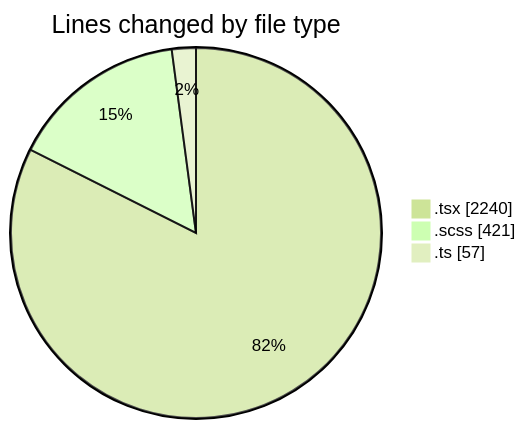
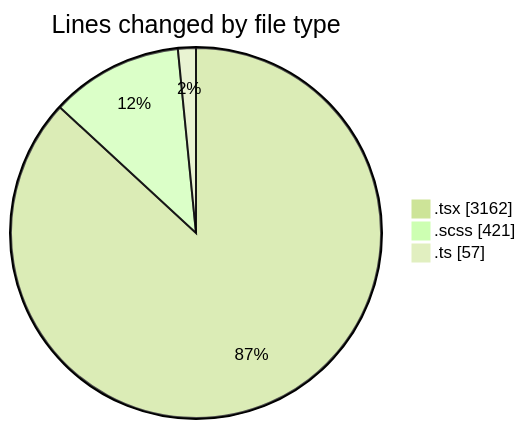
One commit to momahboobian/code-tracking changed the first of 2 diagrams in 2025-10-01/cda/README.md. Above: the diagram before and after it, drawn with Mermaid (forest theme). The commit also changed other lines of this file and 1 other file, not shown here.

````diff
--- a/2025-10-01/cda/README.md
+++ b/2025-10-01/cda/README.md
@@ -26,7 +27,7 @@
 ```mermaid
 pie showData
 title Lines changed by file type
-".tsx" : 2240
+".tsx" : 3162
 ".scss" : 421
 ".ts" : 57
 ```
````
